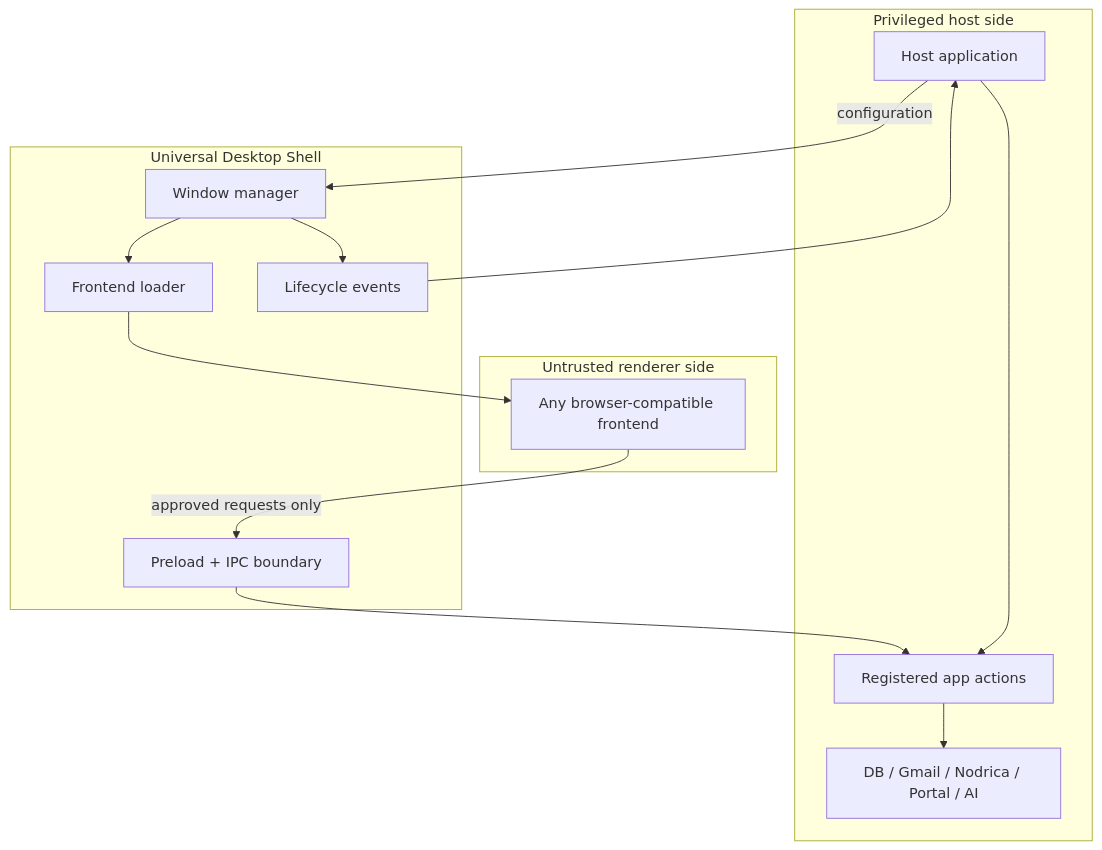
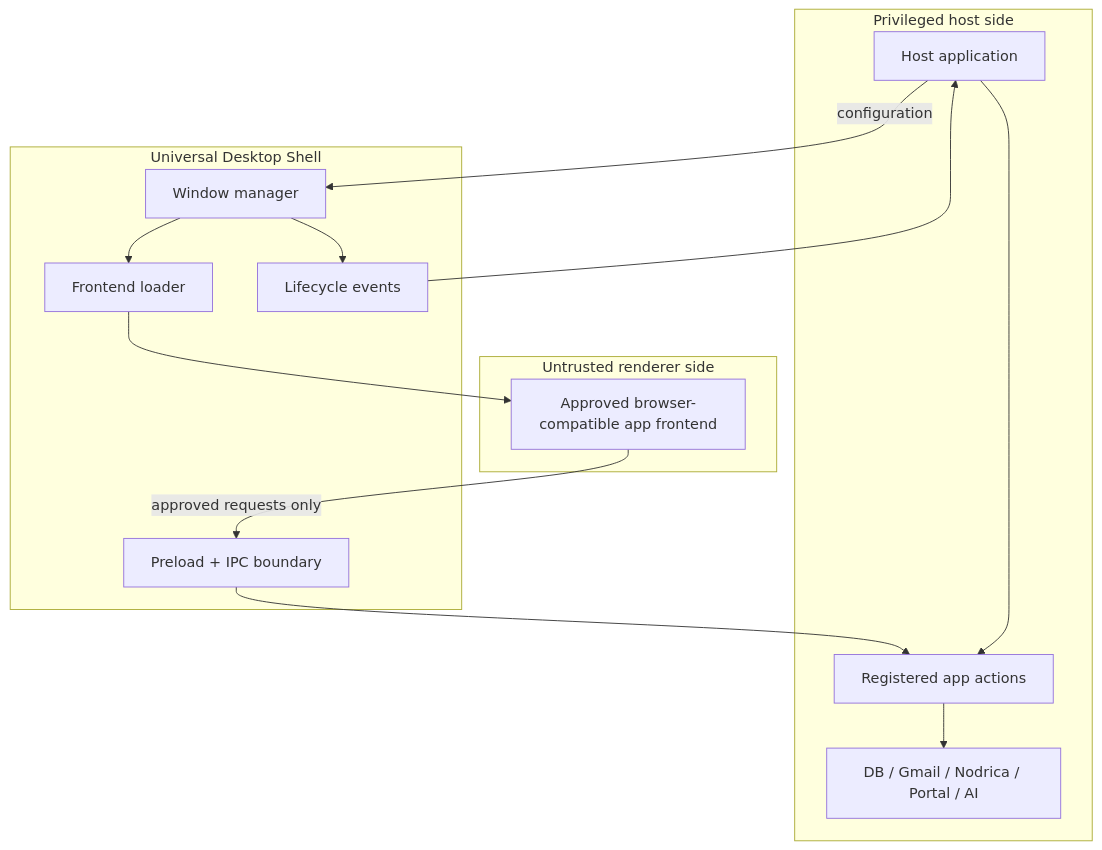
The first of 4 diagrams in docs/requirements-and-architecture.md (SidheshwarSarangal/universal-desktop-shell), drawn with Mermaid before and after one commit. The commit also changed other lines of this file and 5 other files, not shown here.

````diff
--- a/docs/requirements-and-architecture.md
+++ b/docs/requirements-and-architecture.md
@@ -7,25 +7,25 @@
 ```mermaid
 flowchart TB
     subgraph Trusted[Privileged host side]
         Host[Host application]
         Actions[Registered app actions]
         Services[DB / Gmail / Nodrica / Portal / AI]
         Host --> Actions --> Services
     end
 
     subgraph Shell[Universal Desktop Shell]
         Manager[Window manager]
         Loader[Frontend loader]
         Bridge[Preload + IPC boundary]
         Events[Lifecycle events]
     end
 
     subgraph Renderer[Untrusted renderer side]
-        UI[Any browser-compatible frontend]
+        UI[Approved browser-compatible app frontend]
     end
 
     Host -->|configuration| Manager
     Manager --> Loader --> UI
     UI -->|approved requests only| Bridge --> Actions
     Manager --> Events --> Host
 ```
````
